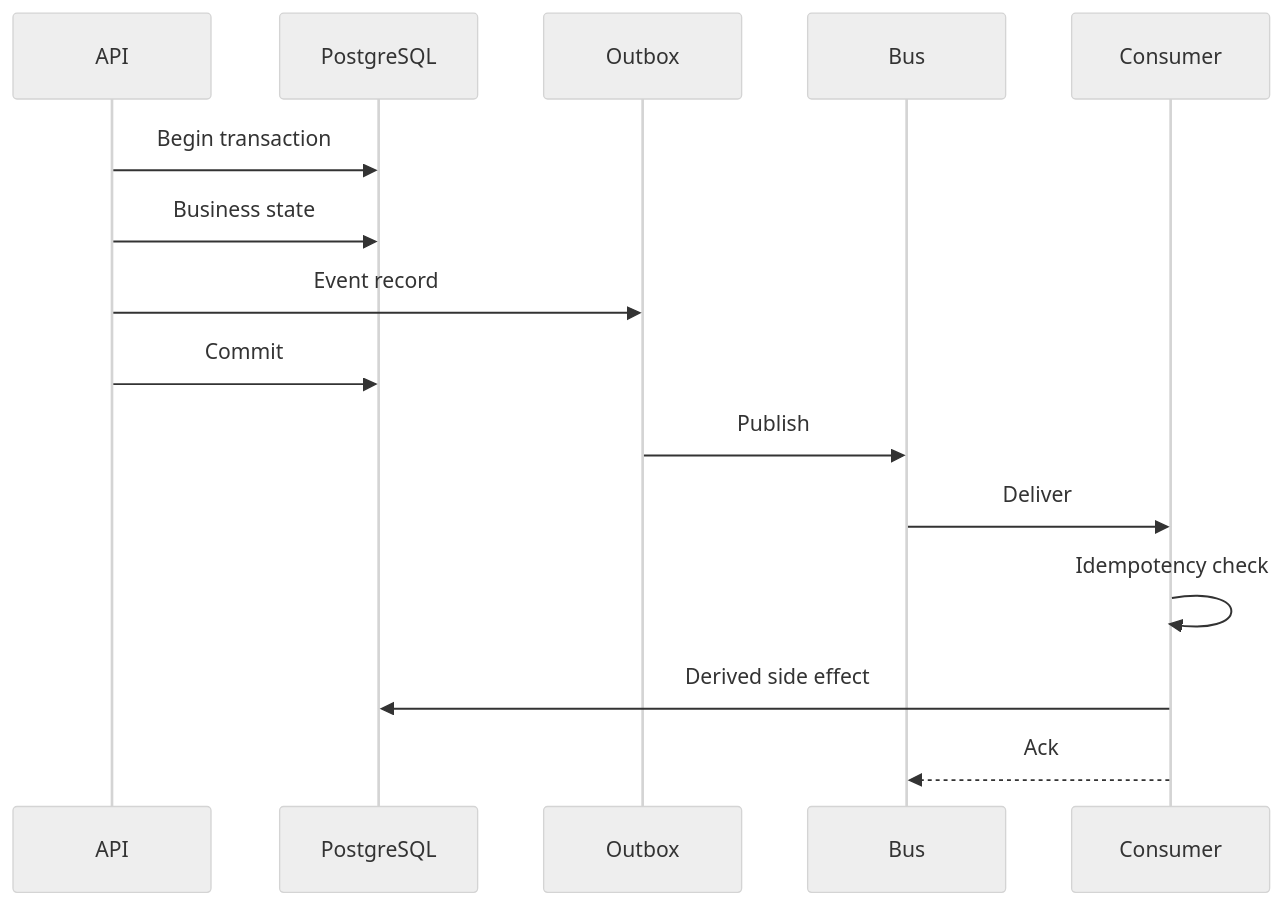
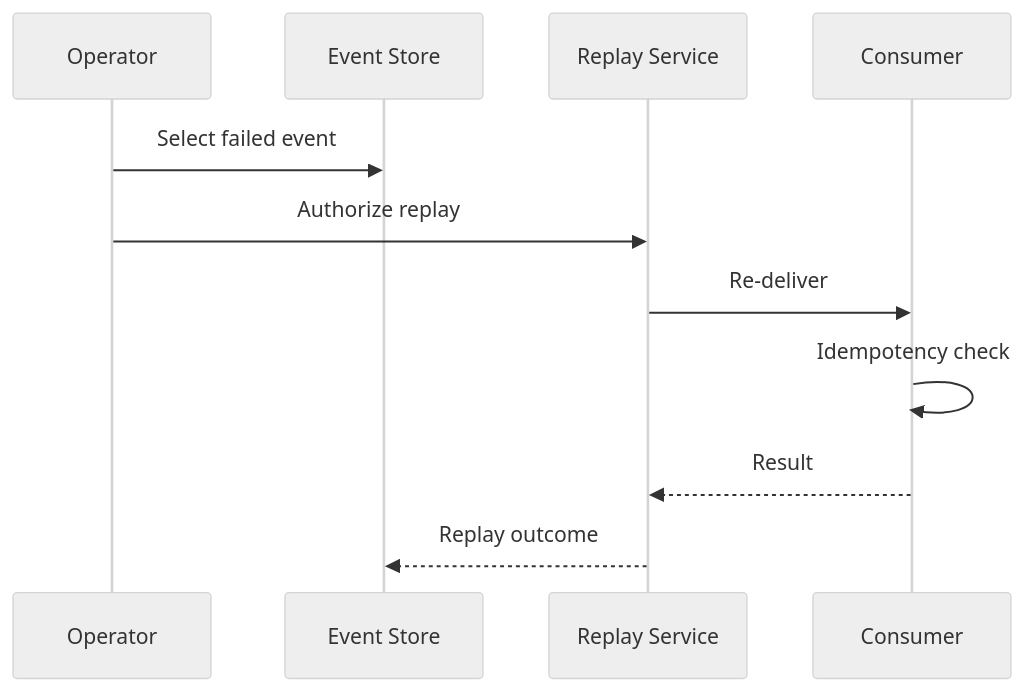
The third of 3 diagrams in docs/architecture/event-architecture.md (D-engahmed/OMILINKS), drawn with Mermaid (neutral theme) before and after one commit. The commit also changed other lines of this file and 4 other files, not shown here.

Commit message:
docs: deepen high level low level deployment network and event architecture

````diff
--- a/docs/architecture/event-architecture.md
+++ b/docs/architecture/event-architecture.md
@@ -31,17 +185,13 @@
-```mermaid
+~~~mermaid
 sequenceDiagram
-participant API
-participant DB as PostgreSQL
-participant O as Outbox
-participant BUS as Bus
+participant O as Operator
+participant S as Event Store
+participant R as Replay Service
 participant C as Consumer
-API->>DB: Begin transaction
-API->>DB: Business state
-API->>O: Event record
-API->>DB: Commit
-O->>BUS: Publish
-BUS->>C: Deliver
+O->>S: Select failed event
+O->>R: Authorize replay
+R->>C: Re-deliver
 C->>C: Idempotency check
-C->>DB: Derived side effect
-C-->>BUS: Ack
-```
+C-->>R: Result
+R-->>S: Replay outcome
+~~~
````
